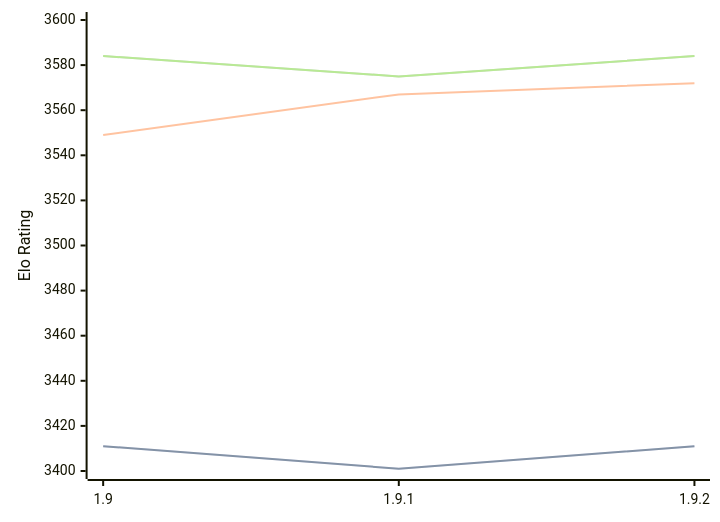
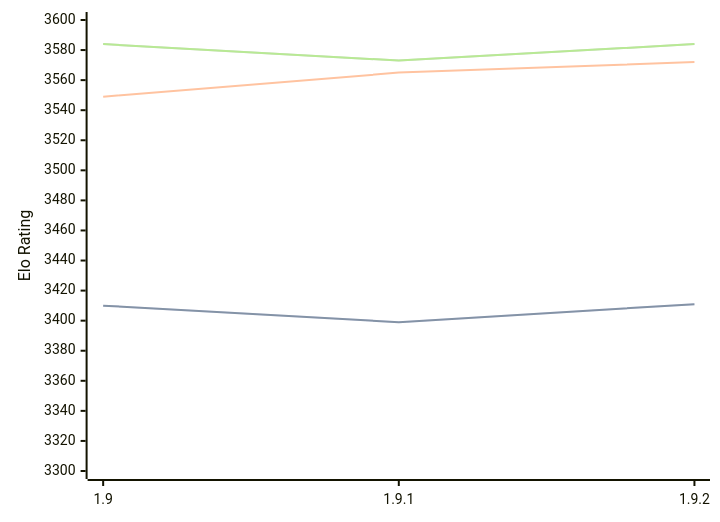
One commit to computer-chess-index/cci changed the diagram in engines/Pawnocchio.md. Above: the diagram before and after it, drawn with Mermaid. The commit also changed other lines of this file, not shown here.

Commit message:
Update CCI Ratings (ELO VLTC) - 2026-03-16

````diff
--- a/engines/Pawnocchio.md
+++ b/engines/Pawnocchio.md
@@ -46,11 +46,11 @@
 ```mermaid
 %%{init: {"theme":"base","themeVariables":{"seriesColors:['#a3a3a3','#222221','#faa371']}}}%%
 xychart-beta
   x-axis ["1.9", "1.9.1", "1.9.2"]
-  y-axis "Elo Rating" 3400 --> 3600
-  line "STC (8.0+0.08s)" [3411, 3401, 3411]
-  line "STC (8.0+0.08s)" [3411, 3401, 3411]
-  line "LTC (60.0+0.60s)" [3549, 3567, 3572]
-  line "VLTC (2m24s+1.12s)" [3584, 3575, 3584]
-  line "VLTC (2m24s+1.12s)" [3584, 3575, 3584]
+  y-axis "Elo Rating" 3300 --> 3600
+  line "STC (8.0+0.08s)" [3410, 3399, 3411]
+  line "STC (8.0+0.08s)" [3410, 3399, 3411]
+  line "LTC (60.0+0.60s)" [3549, 3565, 3572]
+  line "VLTC (2m24s+1.12s)" [3584, 3573, 3584]
+  line "VLTC (2m24s+1.12s)" [3584, 3573, 3584]
 ```
````
